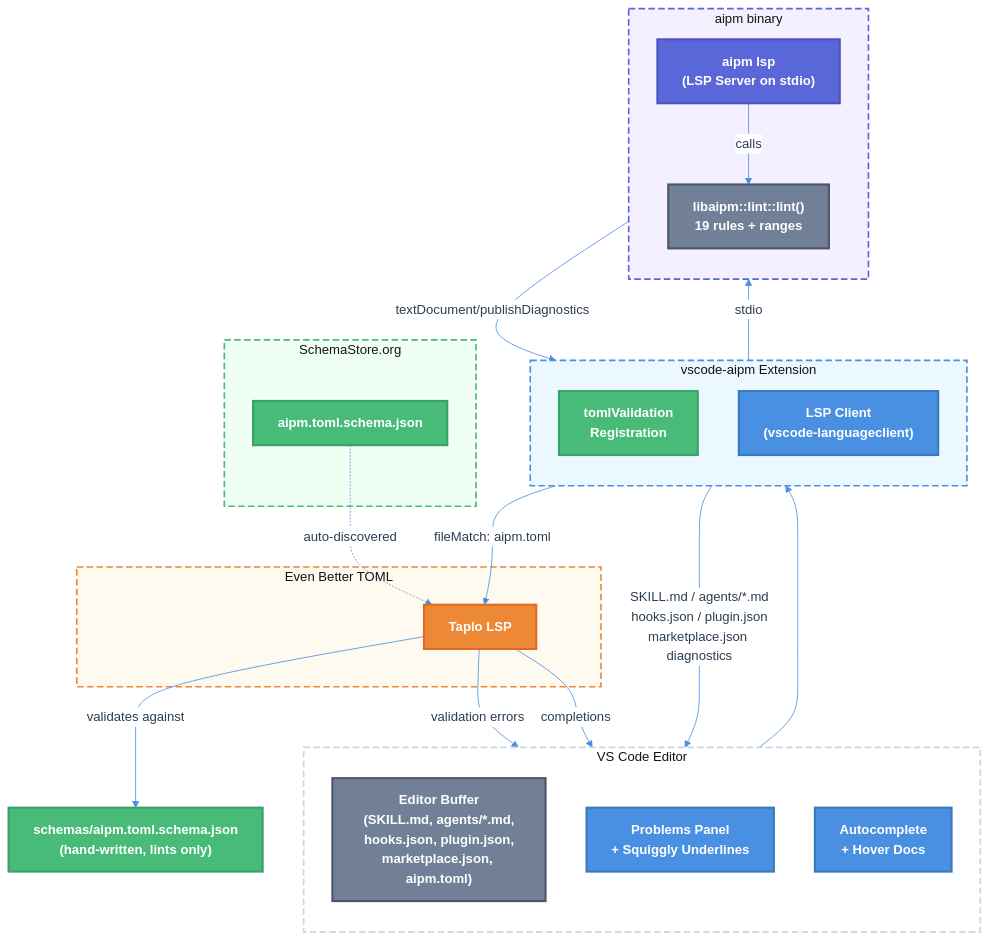
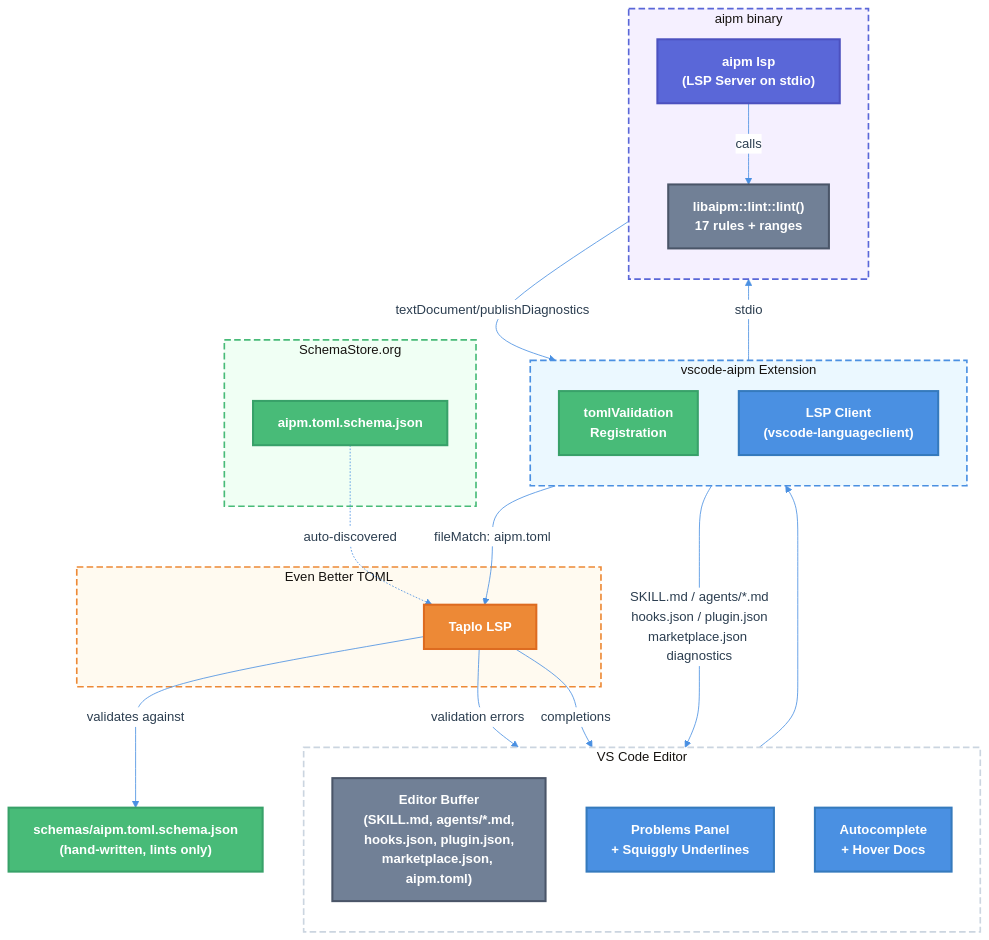
The diagram in specs/2026-04-10-vscode-aipm-lint-integration.md (TheLarkInn/aipm), drawn with Mermaid before and after one commit. The commit also changed other lines of this file and 3 other files, not shown here.

````diff
--- a/specs/2026-04-10-vscode-aipm-lint-integration.md
+++ b/specs/2026-04-10-vscode-aipm-lint-integration.md
@@ -73,58 +73,58 @@
 ```mermaid
 %%{init: {'theme':'base', 'themeVariables': { 'primaryColor':'#f8f9fa','primaryTextColor':'#2c3e50','primaryBorderColor':'#4a5568','lineColor':'#4a90e2','secondaryColor':'#ffffff','tertiaryColor':'#e9ecef'}}}%%
 
 flowchart TB
     classDef schema fill:#48bb78,stroke:#38a169,stroke-width:2.5px,color:#ffffff,font-weight:600
     classDef extension fill:#4a90e2,stroke:#357abd,stroke-width:2.5px,color:#ffffff,font-weight:600
     classDef lsp fill:#5a67d8,stroke:#4c51bf,stroke-width:2.5px,color:#ffffff,font-weight:600
     classDef existing fill:#718096,stroke:#4a5568,stroke-width:2.5px,color:#ffffff,font-weight:600
     classDef external fill:#ed8936,stroke:#dd6b20,stroke-width:2.5px,color:#ffffff,font-weight:600
 
     subgraph VSCode["VS Code Editor"]
         direction TB
         Editor["Editor Buffer<br>(SKILL.md, agents/*.md,<br>hooks.json, plugin.json,<br>marketplace.json, aipm.toml)"]:::existing
         Problems["Problems Panel<br>+ Squiggly Underlines"]:::extension
         Completions["Autocomplete<br>+ Hover Docs"]:::extension
     end
 
     subgraph Ext["vscode-aipm Extension"]
         direction TB
         SchemaReg["tomlValidation<br>Registration"]:::schema
         LspClient["LSP Client<br>(vscode-languageclient)"]:::extension
     end
 
     subgraph Taplo["Even Better TOML"]
         TaploLSP["Taplo LSP"]:::external
     end
 
     subgraph SchemaStoreBox["SchemaStore.org"]
         SchemaDist["aipm.toml.schema.json"]:::schema
     end
 
     subgraph AipmBinary["aipm binary"]
         direction TB
         LspServer["aipm lsp<br>(LSP Server on stdio)"]:::lsp
-        LintLib["libaipm::lint::lint()<br>19 rules + ranges"]:::existing
+        LintLib["libaipm::lint::lint()<br>17 rules + ranges"]:::existing
     end
 
     Schema["schemas/aipm.toml.schema.json<br>(hand-written, lints only)"]:::schema
 
     Editor --> SchemaReg
     SchemaReg -->|"fileMatch: aipm.toml"| TaploLSP
     TaploLSP -->|"validates against"| Schema
     TaploLSP -->|"validation errors"| Problems
     TaploLSP -->|"completions"| Completions
 
     SchemaDist -.->|"auto-discovered"| TaploLSP
 
     LspClient -->|"stdio"| LspServer
     LspServer -->|"calls"| LintLib
     LspServer -->|"textDocument/publishDiagnostics"| LspClient
     LspClient -->|"SKILL.md / agents/*.md<br>hooks.json / plugin.json<br>marketplace.json diagnostics"| Problems
 
     style VSCode fill:#ffffff,stroke:#cbd5e0,stroke-width:2px,stroke-dasharray:8 4
     style Ext fill:#ebf8ff,stroke:#4a90e2,stroke-width:2px,stroke-dasharray:8 4
     style Taplo fill:#fffaf0,stroke:#ed8936,stroke-width:2px,stroke-dasharray:8 4
     style SchemaStoreBox fill:#f0fff4,stroke:#48bb78,stroke-width:2px,stroke-dasharray:8 4
     style AipmBinary fill:#f5f0ff,stroke:#5a67d8,stroke-width:2px,stroke-dasharray:8 4
 ```
````
